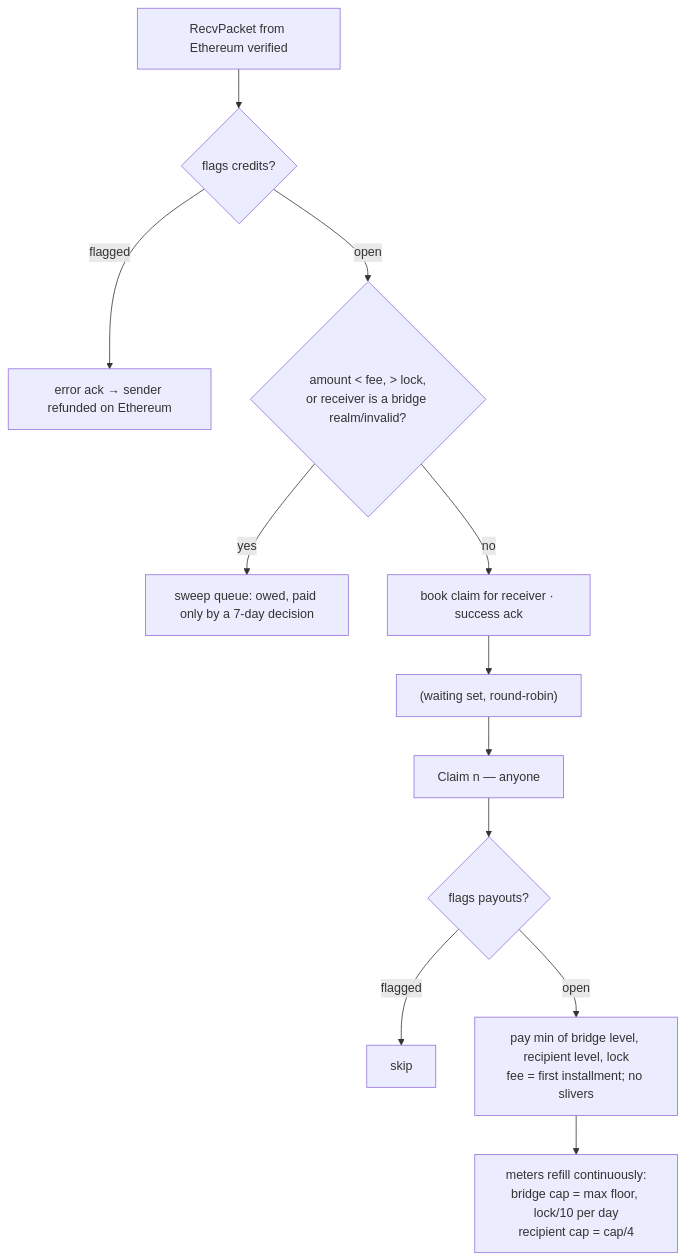
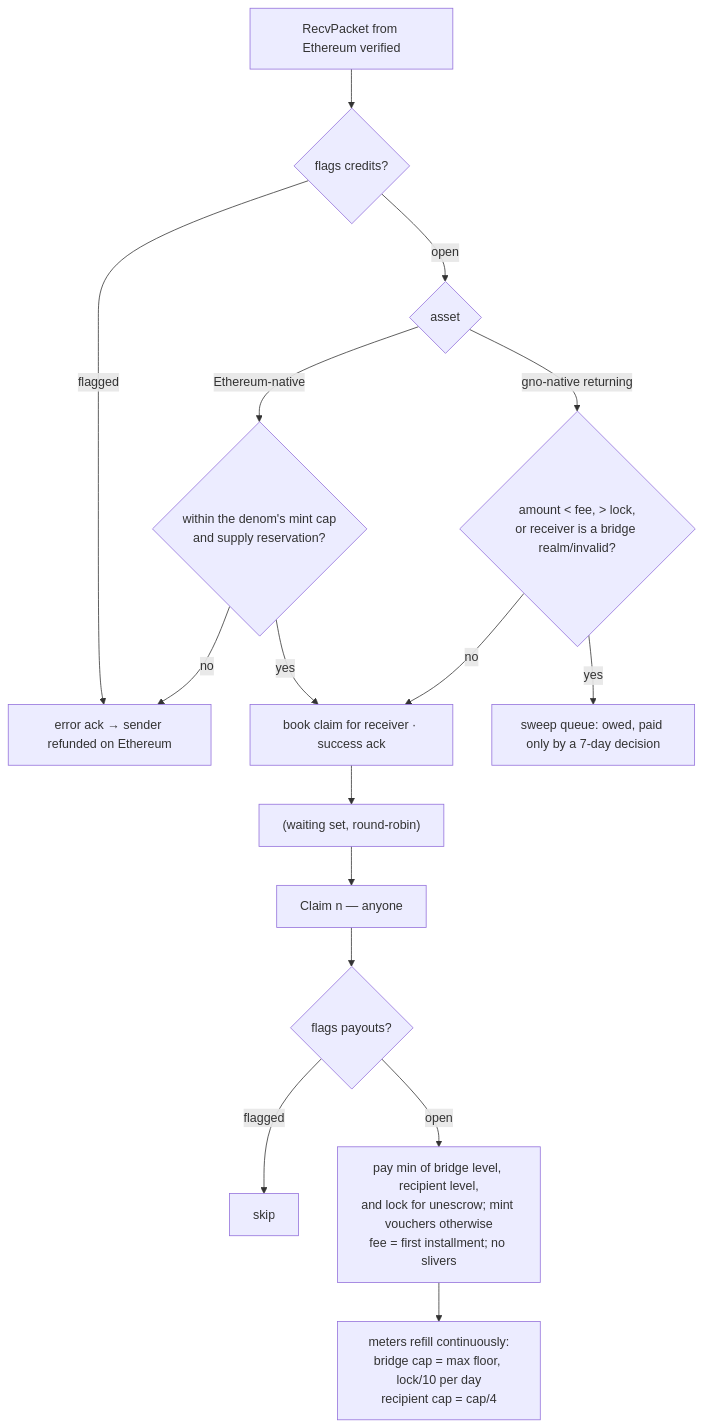
One commit to gnolang/gno changed the ninth of 13 diagrams in gno.land/adr/prxxxx_ibc_ethereum.md. Above: the diagram before and after it, drawn with Mermaid. The commit also changed other lines of this file, not shown here.

First line of the commit message:
docs(adr): fold a second review of the gno.land - Ethereum IBC ADR

````diff
--- a/gno.land/adr/prxxxx_ibc_ethereum.md
+++ b/gno.land/adr/prxxxx_ibc_ethereum.md
@@ -472,14 +485,18 @@
 ```mermaid
 flowchart TD
   RX[RecvPacket from Ethereum verified] --> F{flags credits?}
   F -- flagged --> ERR[error ack → sender refunded on Ethereum]
-  F -- open --> SW{amount < fee, > lock,<br/>or receiver is a bridge realm/invalid?}
+  F -- open --> KIND{asset}
+  KIND -- gno-native returning --> SW{amount < fee, > lock,<br/>or receiver is a bridge realm/invalid?}
+  KIND -- Ethereum-native --> MC{within the denom's mint cap<br/>and supply reservation?}
+  MC -- no --> ERR
+  MC -- yes --> CL
   SW -- yes --> SWEEP[sweep queue: owed, paid only by a 7-day decision]
   SW -- no --> CL[book claim for receiver · success ack]
   CL --> WQ["(waiting set, round-robin)"]
   WQ --> CLAIM[Claim n — anyone]
   CLAIM --> PF{flags payouts?}
   PF -- flagged --> STOP[skip]
-  PF -- open --> PAY[pay min of bridge level, recipient level, lock<br/>fee = first installment; no slivers]
+  PF -- open --> PAY[pay min of bridge level, recipient level,<br/>and lock for unescrow; mint vouchers otherwise<br/>fee = first installment; no slivers]
   PAY --> REF[meters refill continuously:<br/>bridge cap = max floor, lock/10 per day<br/>recipient cap = cap/4]
 ```
````
